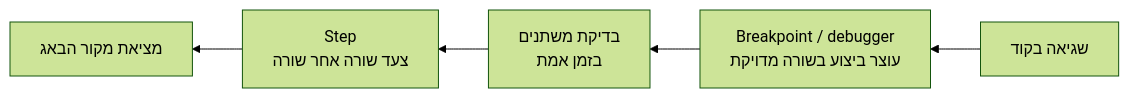
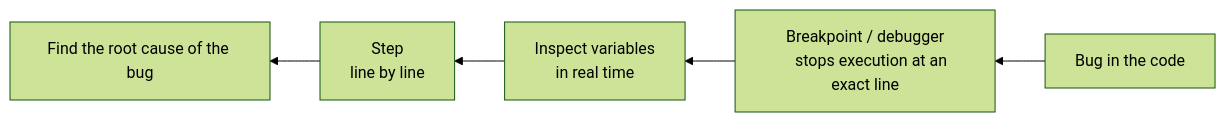
Before and after one commit to neriyaMalachi/FullStack_kodkode_5: the diagram in content/docs/javascript/15-js-debugging-content.md, drawn with Mermaid (forest theme). The commit also changed other lines of this file and 117 other files, not shown here.

````diff
--- a/content/docs/javascript/15-js-debugging-content.md
+++ b/content/docs/javascript/15-js-debugging-content.md
@@ -45,10 +45,10 @@
 ```mermaid
 flowchart RL
-    A["שגיאה בקוד"] --> B["Breakpoint / debugger
-    עוצר ביצוע בשורה מדויקת"]
-    B --> C["בדיקת משתנים
-    בזמן אמת"]
+    A["Bug in the code"] --> B["Breakpoint / debugger
+    stops execution at an exact line"]
+    B --> C["Inspect variables
+    in real time"]
     C --> D["Step
-    צעד שורה אחר שורה"]
-    D --> E["מציאת מקור הבאג"]
+    line by line"]
+    D --> E["Find the root cause of the bug"]
 ```
````
